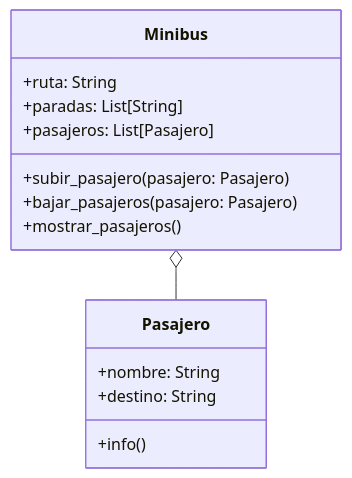
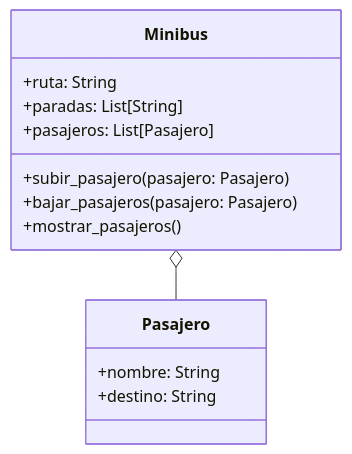
The diagram in retos_sesion_06/ejercicio_01.md (anahicabreracalisaya2/psg-oop-2025), drawn with Mermaid before and after one commit. The commit also changed other lines of this file and 1 other file, not shown here.

````diff
--- a/retos_sesion_06/ejercicio_01.md
+++ b/retos_sesion_06/ejercicio_01.md
@@ -26,18 +23,17 @@
 ```mermaid
 classDiagram
     class Pasajero {
         +nombre: String
         +destino: String
-        +info()
     }
 
     class Minibus {
         +ruta: String
         +paradas: List[String]
         +pasajeros: List[Pasajero]
         +subir_pasajero(pasajero: Pasajero)
         +bajar_pasajeros(pasajero: Pasajero)
         +mostrar_pasajeros()
     }
     Minibus o-- Pasajero
 ```
````
